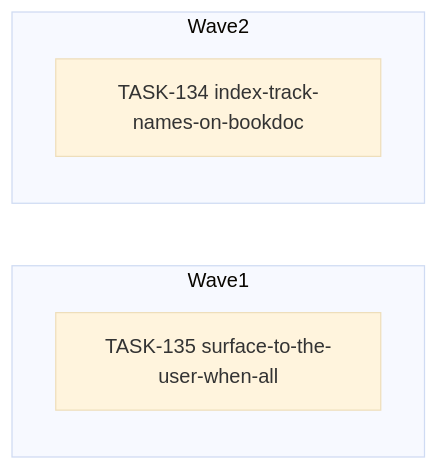
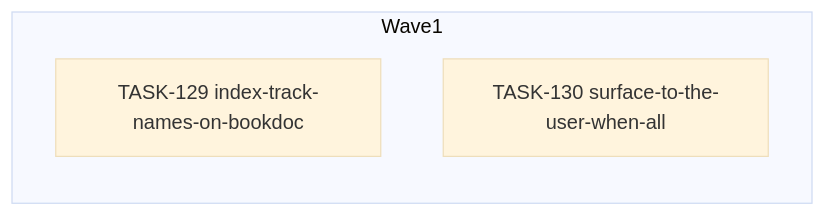
Before and after one commit to falkcorp/audiobook-organizer: the diagram in docs/agent-tasks/todo-completion/search/orchestration.md, drawn with Mermaid (base theme). The commit also changed other lines of this file and 428 other files, not shown here.

````diff
--- a/docs/agent-tasks/todo-completion/search/orchestration.md
+++ b/docs/agent-tasks/todo-completion/search/orchestration.md
@@ -12,10 +12,8 @@
 ```mermaid
 flowchart LR
     subgraph Wave1
-      TASK135[TASK-135 surface-to-the-user-when-all]
-    end
-    subgraph Wave2
-      TASK134[TASK-134 index-track-names-on-bookdoc]
+      TASK129[TASK-129 index-track-names-on-bookdoc]
+      TASK130[TASK-130 surface-to-the-user-when-all]
     end
 
 ```
````
